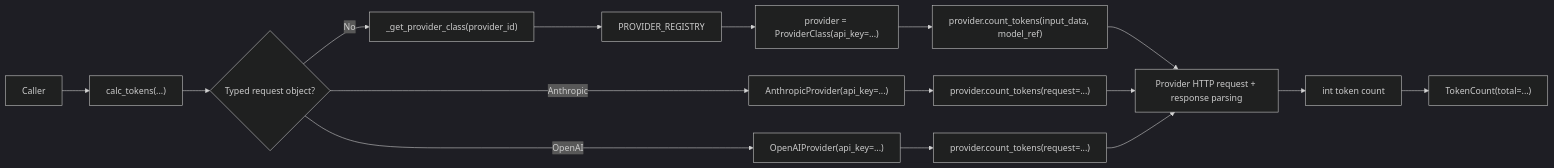
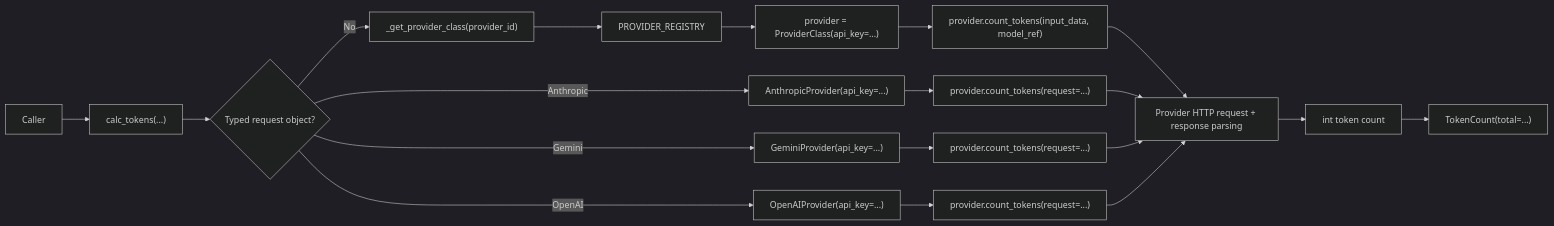
The diagram in docs/architecture/api.md (vienneraphael/kentokit), drawn with Mermaid (dark theme) before and after one commit. The commit also changed other lines of this file and 2 other files, not shown here.

Commit message:
docs: document gemini typed token requests

````diff
--- a/docs/architecture/api.md
+++ b/docs/architecture/api.md
@@ -27,18 +28,21 @@
 ```mermaid
 flowchart LR
     A["Caller"] --> B["calc_tokens(...)"]
     B --> C{"Typed request object?"}
     C -->|No| D["_get_provider_class(provider_id)"]
     D --> E["PROVIDER_REGISTRY"]
     E --> F["provider = ProviderClass(api_key=...)"]
     F --> G["provider.count_tokens(input_data, model_ref)"]
     G --> H["Provider HTTP request + response parsing"]
     H --> I["int token count"]
     I --> J["TokenCount(total=...)"]
     C -->|Anthropic| K["AnthropicProvider(api_key=...)"]
-    C -->|OpenAI| L["OpenAIProvider(api_key=...)"]
-    K --> M["provider.count_tokens(request=...)"]
-    L --> N["provider.count_tokens(request=...)"]
-    M --> H
+    C -->|Gemini| L["GeminiProvider(api_key=...)"]
+    C -->|OpenAI| M["OpenAIProvider(api_key=...)"]
+    K --> N["provider.count_tokens(request=...)"]
+    L --> O["provider.count_tokens(request=...)"]
+    M --> P["provider.count_tokens(request=...)"]
     N --> H
+    O --> H
+    P --> H
 ```
````
